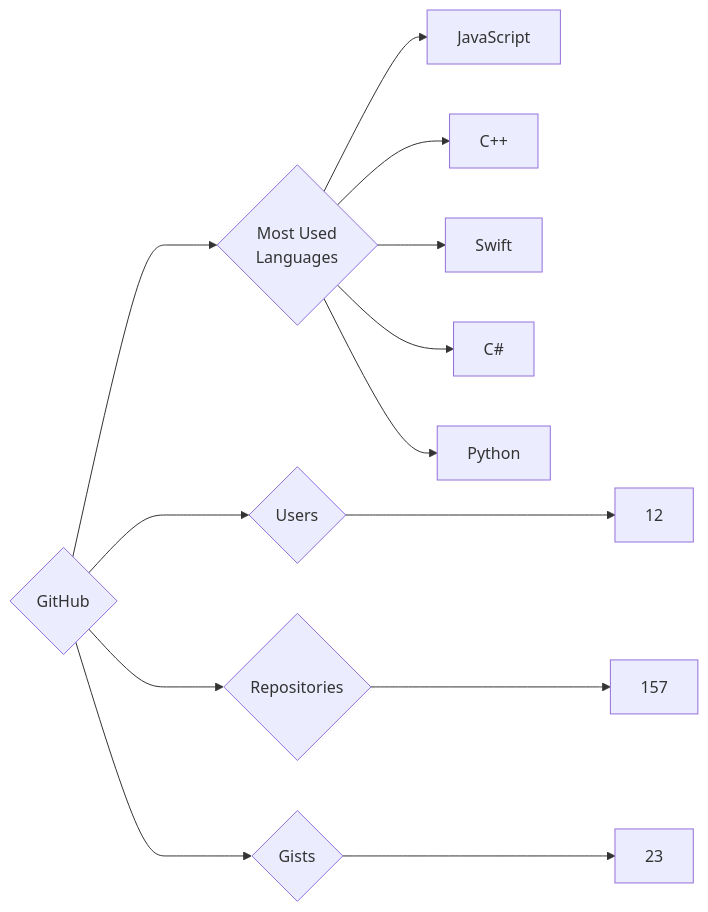
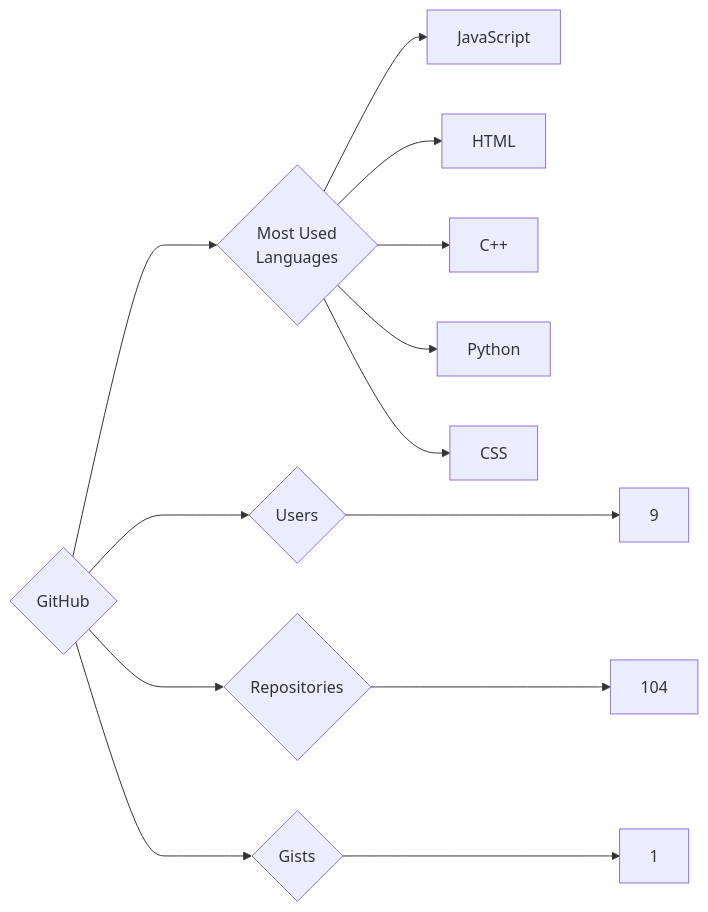
The diagram in targets/GitHub/README.md (trickest/insiders), drawn with Mermaid before and after one commit. The commit also changed 857 other files, not shown here.

````diff
--- a/targets/GitHub/README.md
+++ b/targets/GitHub/README.md
@@ -3,13 +3,13 @@
 ```mermaid
 graph LR
 COMPANY_NAME{GitHub}
-COMPANY_NAME ---> U{Users} ---> UN[12]
-COMPANY_NAME ---> R{Repositories} ---> RN[157]
-COMPANY_NAME ---> G{Gists} ---> GN[23]
+COMPANY_NAME ---> U{Users} ---> UN[9]
+COMPANY_NAME ---> R{Repositories} ---> RN[104]
+COMPANY_NAME ---> G{Gists} ---> GN[1]
 COMPANY_NAME ---> ML{Most Used<br>Languages}
 ML --> JavaScript[JavaScript]
+ML --> HTML[HTML]
 ML --> C++[C++]
-ML --> Swift[Swift]
-ML --> C#[C#]
 ML --> Python[Python]
+ML --> CSS[CSS]
 ```
````
